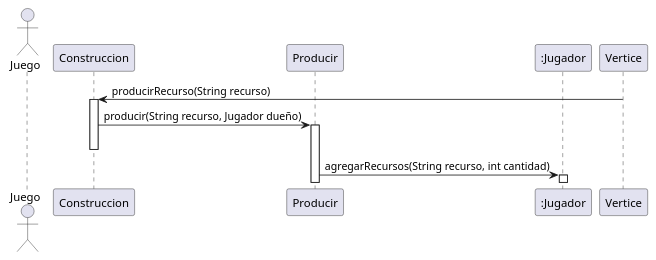
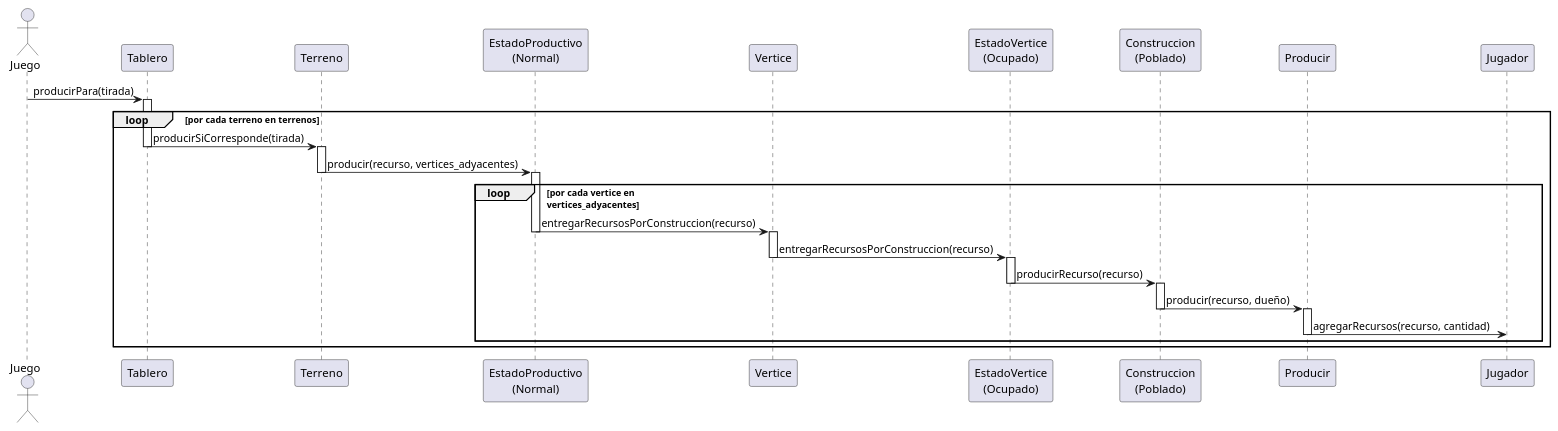
One commit to Fm900/TP2_Catan_Paradigma changed the diagram in diagrams/sequences/ProducirParaUnaTirada.puml. Above: the diagram before and after it, drawn with PlantUML. The commit also changed 1 other file, not shown here.

Commit message:
Agrego los diagramas de secuencia para reflejar los procesos de construir un poblado y producir para una tirada de dados especifica.

```diff
--- a/diagrams/sequences/ProducirParaUnaTirada.puml
+++ b/diagrams/sequences/ProducirParaUnaTirada.puml
@@ -1,17 +1,48 @@
 @startuml
+actor Juego
 
-actor Juego
-participant Construccion
-participant Producir
-participant ":Jugador" as Jugador
-Vertice -> Construccion: producirRecurso(String recurso)
+participant Tablero
+participant "Terreno" as Terreno
+participant "EstadoProductivo\n(Normal)" as EstadoProductivo
+participant "Vertice" as Vertice
+participant "EstadoVertice\n(Ocupado)" as EstadoVertice
+participant "Construccion\n(Poblado)" as Construccion
+participant "Producir" as Producir
+participant Jugador
 
-activate Construccion
-Construccion -> Producir: producir(String recurso, Jugador dueño)
-activate Producir
-deactivate Construccion
+Juego -> Tablero: producirPara(tirada)
 
-Producir -> Jugador: agregarRecursos(String recurso, int cantidad)
-activate Jugador
+activate Tablero
+loop por cada terreno en terrenos
+    Tablero -> Terreno: producirSiCorresponde(tirada)
+    deactivate Tablero
 
+    activate Terreno
+    Terreno -> EstadoProductivo: producir(recurso, vertices_adyacentes)
+    deactivate Terreno
+
+    activate EstadoProductivo
+    loop por cada vertice en\nvertices_adyacentes
+        EstadoProductivo -> Vertice: entregarRecursosPorConstruccion(recurso)
+        deactivate EstadoProductivo
+
+        activate Vertice
+        Vertice -> EstadoVertice: entregarRecursosPorConstruccion(recurso)
+        deactivate Vertice
+
+        activate EstadoVertice
+        EstadoVertice -> Construccion: producirRecurso(recurso)
+        deactivate EstadoVertice
+
+        activate Construccion
+        Construccion -> Producir: producir(recurso, dueño)
+        deactivate Construccion
+
+        activate Producir
+        Producir -> Jugador: agregarRecursos(recurso, cantidad)
+        deactivate Producir
+
+    end
+
+end
 @enduml
```
